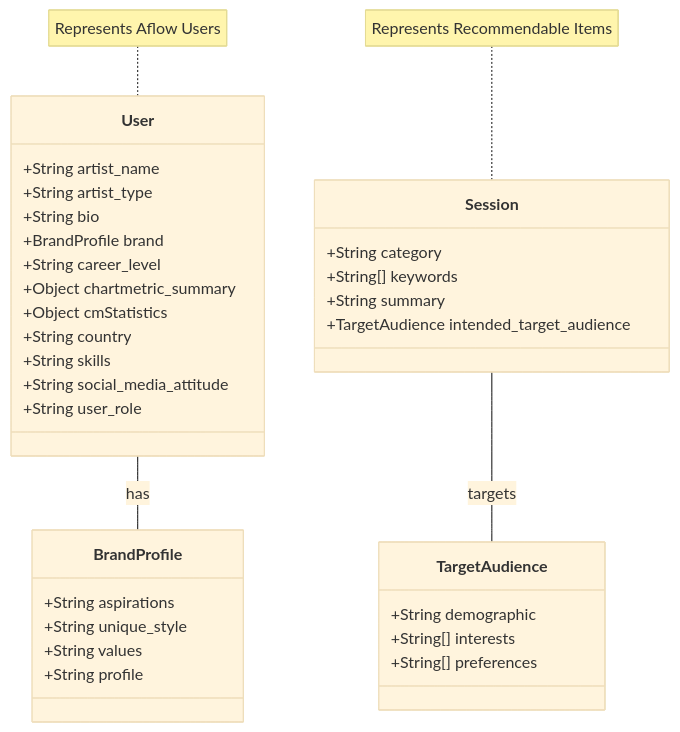
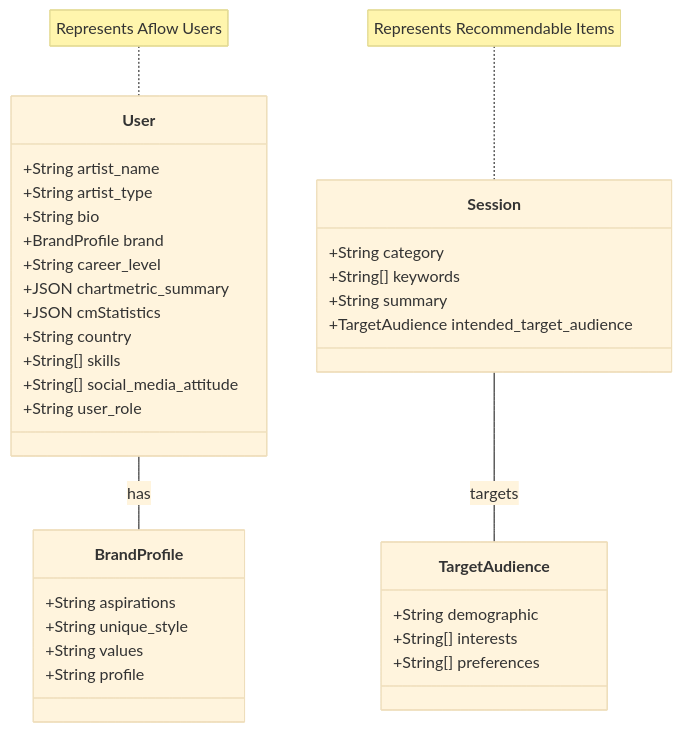
One commit to c-wenlong/corite-pocs changed the diagram in src/data_structure/user_session.md. Above: the diagram before and after it, drawn with Mermaid (base theme). The commit also changed 2 other files, not shown here.

Commit message:
Add integration archi.

````diff
--- a/src/data_structure/user_session.md
+++ b/src/data_structure/user_session.md
@@ -1,45 +1,45 @@
-::: mermaid
+```mermaid
 
 classDiagram
 
     class User {
         +String artist_name
         +String artist_type
         +String bio
         +BrandProfile brand
         +String career_level
-        +Object chartmetric_summary
-        +Object cmStatistics
+        +JSON chartmetric_summary
+        +JSON cmStatistics
         +String country
-        +String skills
-        +String social_media_attitude
+        +String[] skills
+        +String[] social_media_attitude
         +String user_role
     }
 
     class BrandProfile {
         +String aspirations
         +String unique_style
         +String values
         +String profile
     }
 
     class Session {
         +String category
         +String[] keywords
         +String summary
         +TargetAudience intended_target_audience
     }
 
     class TargetAudience {
         +String demographic
         +String[] interests
         +String[] preferences
     }
 
     User -- BrandProfile : has
     Session -- TargetAudience : targets
 
     note for User "Represents Aflow Users"
     note for Session "Represents Recommendable Items"
 
-:::
+```
````
